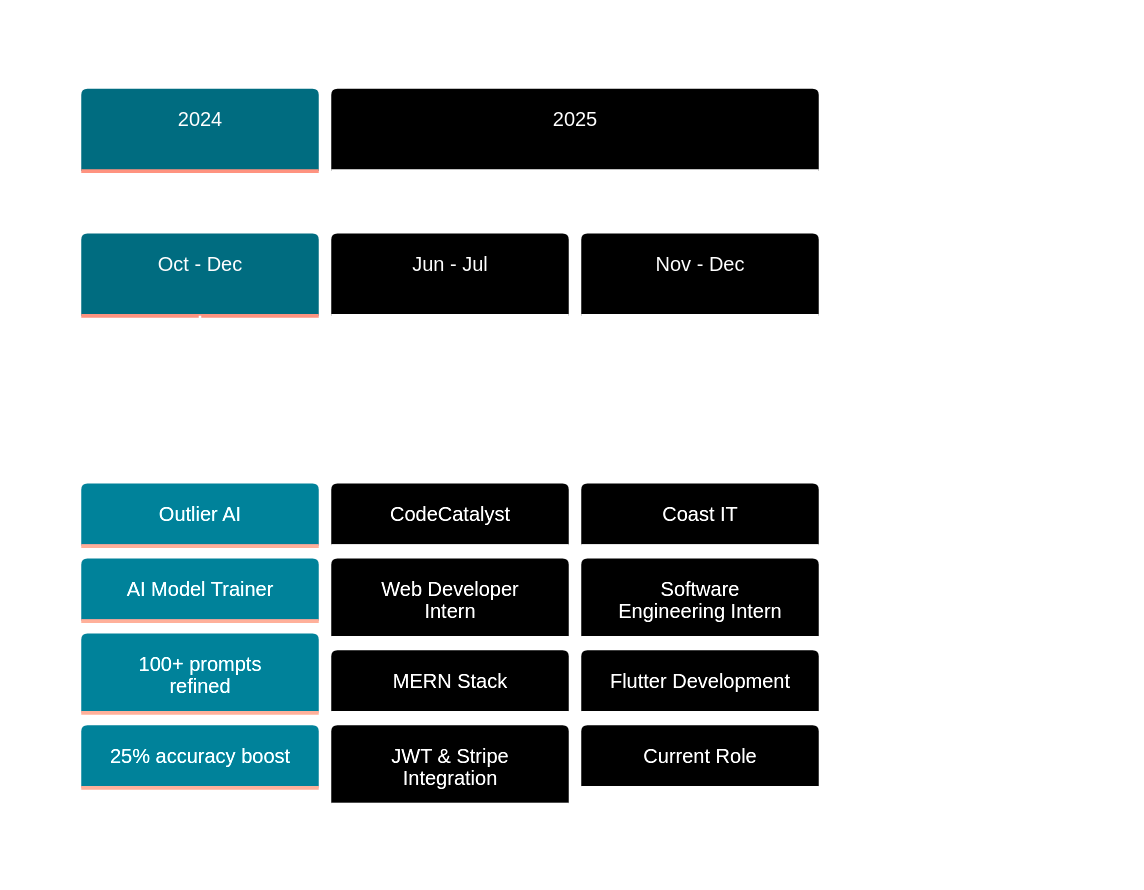
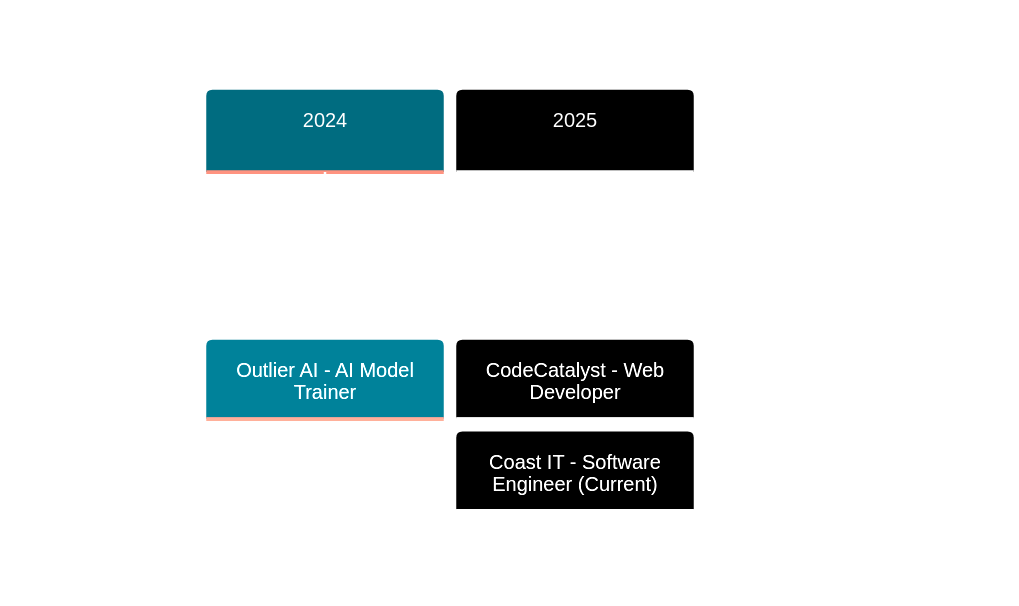
Before and after one commit to NickiMash17/NickiMash17: the diagram in README.md, drawn with Mermaid. The commit also changed other lines of this file, not shown here.

````diff
--- a/README.md
+++ b/README.md
@@ -202,10 +238,7 @@
 ```mermaid
 %%{init: {'theme':'base', 'themeVariables': { 'primaryColor':'#00D9FF','primaryTextColor':'#fff','primaryBorderColor':'#00D9FF','lineColor':'#00CED1','secondaryColor':'#0a192f','tertiaryColor':'#00D9FF'}}}%%
 timeline
-    title Career Timeline
-    section 2024
-        Oct - Dec : Outlier AI : AI Model Trainer : 100+ prompts refined : 25% accuracy boost
-    section 2025
-        Jun - Jul : CodeCatalyst : Web Developer Intern : MERN Stack : JWT & Stripe Integration
-        Nov - Dec : Coast IT : Software Engineering Intern : Flutter Development : Current Role
+    title My Professional Journey
+    2024 : Outlier AI - AI Model Trainer
+    2025 : CodeCatalyst - Web Developer : Coast IT - Software Engineer (Current)
 ```
````
